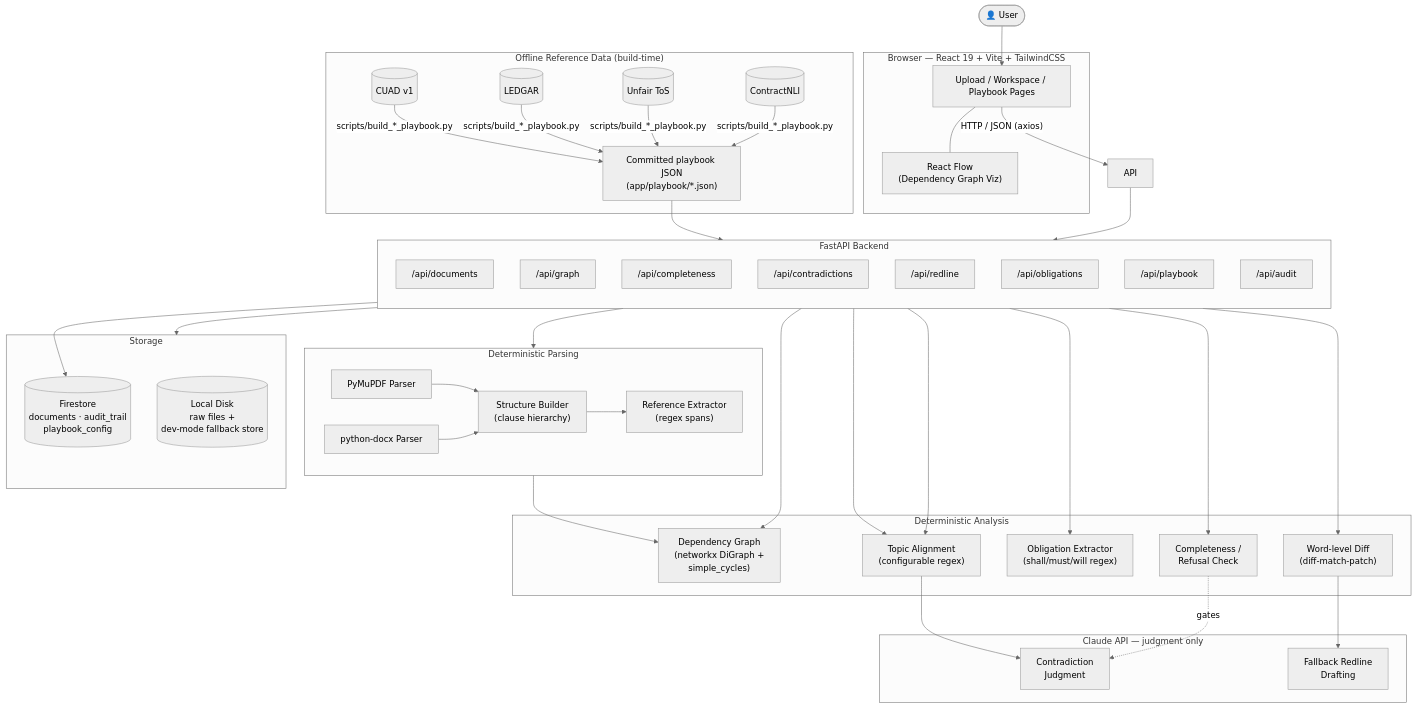
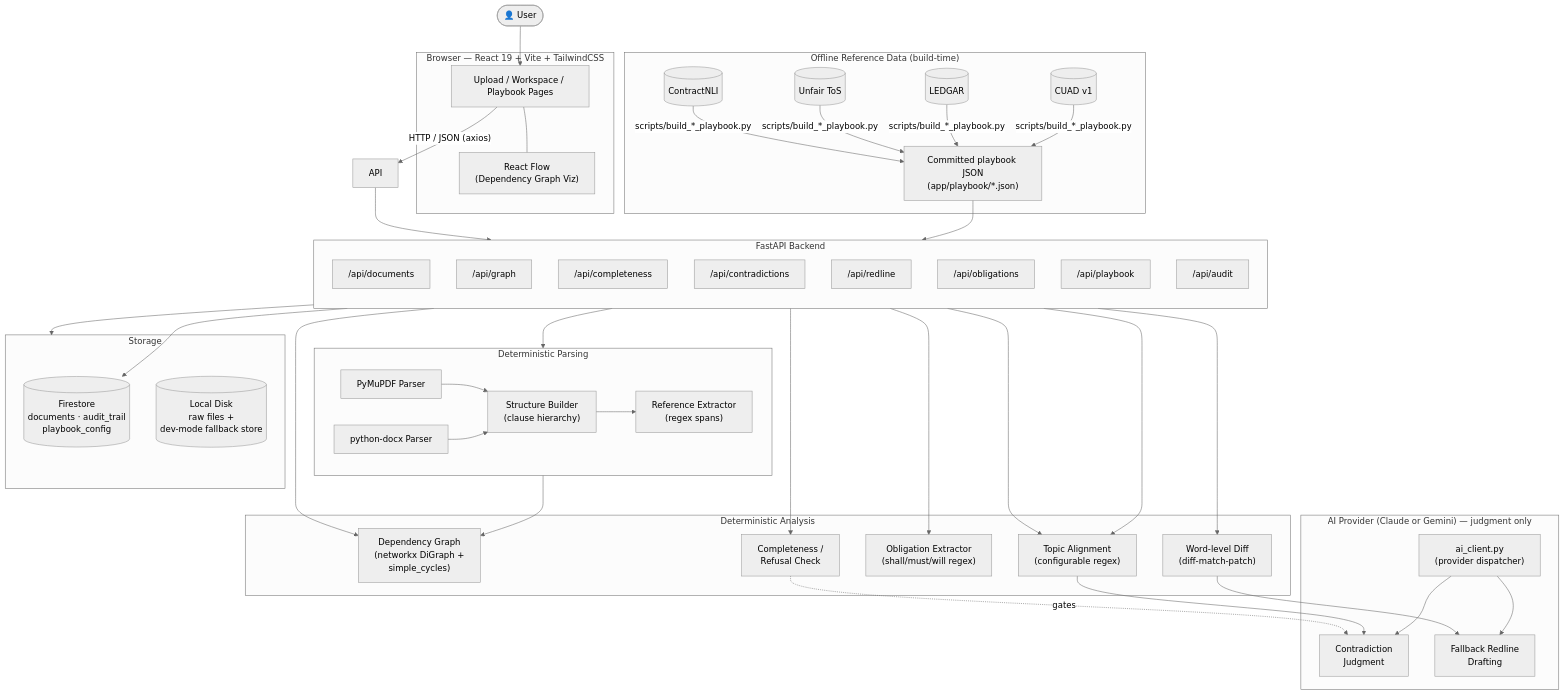
One commit to KL2300030695/LexTwin-AI changed the first of 4 diagrams in README.md. Above: the diagram before and after it, drawn with Mermaid (neutral theme). The commit also changed other lines of this file and 46 other files, not shown here.

First line of the commit message:
Add legal-audit UI redesign, Gemini provider support, PDF reports, and RAG chat

````diff
--- a/README.md
+++ b/README.md
@@ -390,77 +432,80 @@
 ```mermaid
 flowchart TB
     User(["👤 User"]) --> FE
 
     subgraph Client["Browser — React 19 + Vite + TailwindCSS"]
         FE["Upload / Workspace / Playbook Pages"]
         RF["React Flow\n(Dependency Graph Viz)"]
         FE --- RF
     end
 
     FE -->|"HTTP / JSON (axios)"| API
 
     subgraph Backend["FastAPI Backend"]
         direction TB
         R1["/api/documents"]
         R2["/api/graph"]
         R3["/api/completeness"]
         R4["/api/contradictions"]
         R5["/api/redline"]
         R6["/api/obligations"]
         R7["/api/playbook"]
         R8["/api/audit"]
     end
 
     API --> Backend
 
     subgraph Parse["Deterministic Parsing"]
         PDF["PyMuPDF Parser"]
         DOCX["python-docx Parser"]
         STRUCT["Structure Builder\n(clause hierarchy)"]
         REFEX["Reference Extractor\n(regex spans)"]
         PDF --> STRUCT
         DOCX --> STRUCT
         STRUCT --> REFEX
     end
 
     subgraph Analysis["Deterministic Analysis"]
         DG["Dependency Graph\n(networkx DiGraph +\nsimple_cycles)"]
         CHK["Completeness /\nRefusal Check"]
         OBLX["Obligation Extractor\n(shall/must/will regex)"]
         TOPIC["Topic Alignment\n(configurable regex)"]
         DIFF["Word-level Diff\n(diff-match-patch)"]
     end
 
-    subgraph LLM["Claude API — judgment only"]
+    subgraph LLM["AI Provider (Claude or Gemini) — judgment only"]
+        DISP["ai_client.py\n(provider dispatcher)"]
         CTR["Contradiction\nJudgment"]
         FALL["Fallback Redline\nDrafting"]
+        DISP --> CTR
+        DISP --> FALL
     end
 
     R1 --> Parse
     Parse --> DG
     R2 --> DG
     R3 --> CHK
     R7 --> TOPIC
     R4 --> TOPIC --> CTR
     CHK -.->|"gates"| CTR
     R5 --> DIFF --> FALL
     R6 --> OBLX
 
     subgraph Storage["Storage"]
         FS[("Firestore\ndocuments · audit_trail\nplaybook_config")]
         LOCAL[("Local Disk\nraw files +\ndev-mode fallback store")]
     end
 
     R1 --> Storage
     R8 --> FS
 
     subgraph RefData["Offline Reference Data (build-time)"]
         CUAD[("CUAD v1")]
         LEDGAR[("LEDGAR")]
         TOS[("Unfair ToS")]
         NLI[("ContractNLI")]
         CUAD & LEDGAR & TOS & NLI -->|"scripts/build_*_playbook.py"| PBJSON["Committed playbook JSON\n(app/playbook/*.json)"]
     end
 
     PBJSON --> R7
 ```
````
